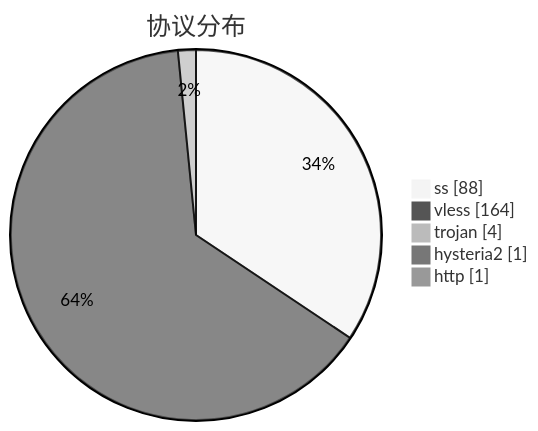
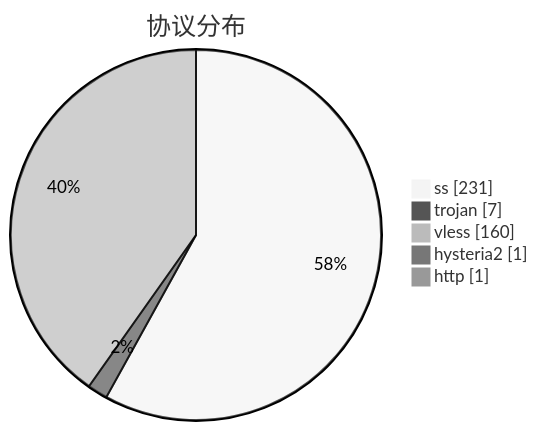
The third of 3 diagrams in subs/statistics/tested_within.md (qjlxg/airport), drawn with Mermaid (neutral theme) before and after one commit. The commit also changed other lines of this file and 2 other files, not shown here.

````diff
--- a/subs/statistics/tested_within.md
+++ b/subs/statistics/tested_within.md
@@ -17,9 +18,9 @@
 ```mermaid
 pie showData
 title 协议分布
-"ss" : 88
-"vless" : 164
-"trojan" : 4
+"ss" : 231
+"trojan" : 7
+"vless" : 160
 "hysteria2" : 1
 "http" : 1
 ```
````
